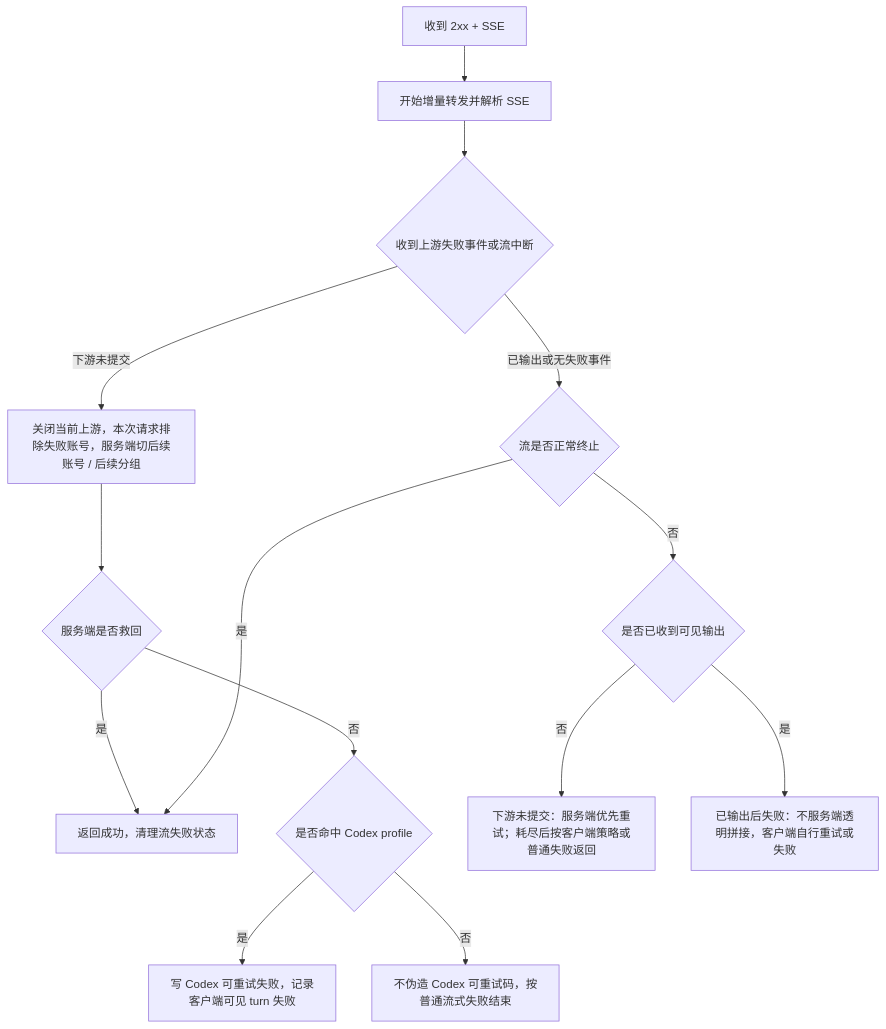
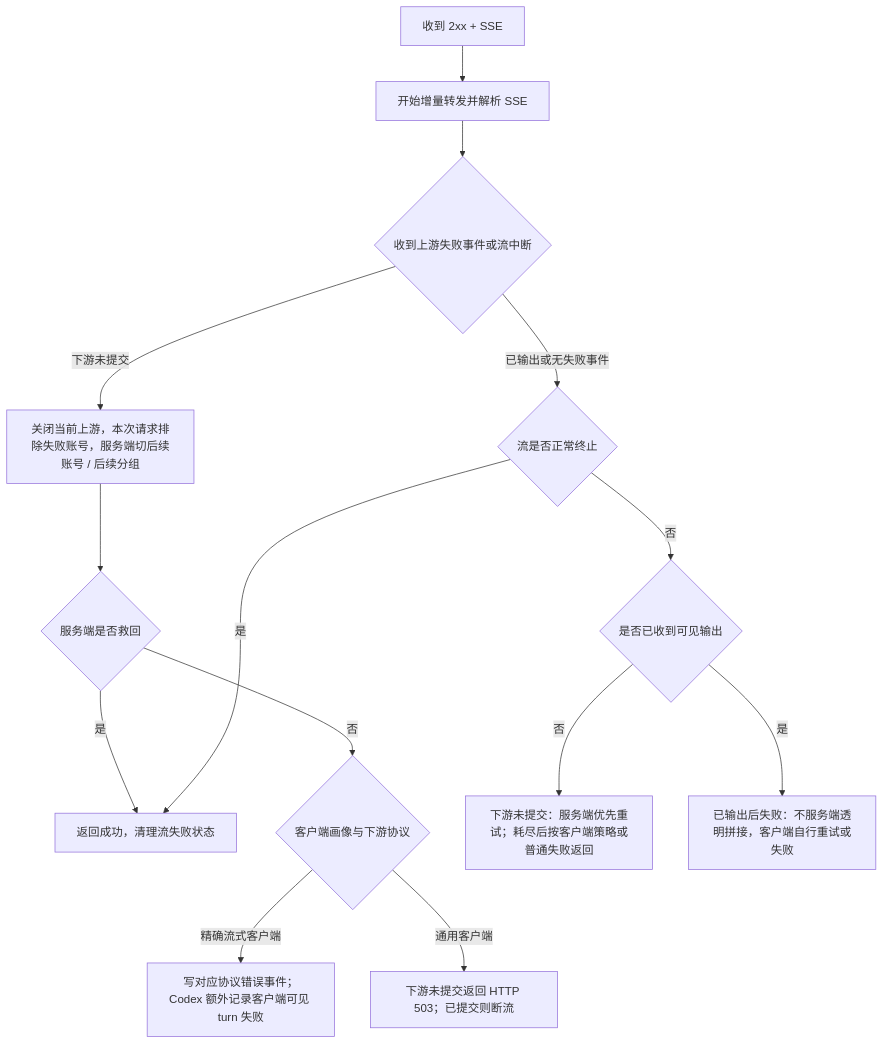
One commit to huanmin123/juhe-ai changed the second of 3 diagrams in docs/functions/网关异常重试与兜底策略.md. Above: the diagram before and after it, drawn with Mermaid. The commit also changed other lines of this file and 32 other files, not shown here.

````diff
--- a/docs/functions/网关异常重试与兜底策略.md
+++ b/docs/functions/网关异常重试与兜底策略.md
@@ -156,16 +156,16 @@
 ```mermaid
 flowchart TD
   A["收到 2xx + SSE"] --> B["开始增量转发并解析 SSE"]
   B --> C{"收到上游失败事件或流中断"}
   C -- "下游未提交" --> D["关闭当前上游，本次请求排除失败账号，服务端切后续账号 / 后续分组"]
   D --> M{"服务端是否救回"}
   M -- "是" --> F["返回后续账号成功流，客户端无感"]
-  M -- "否" --> N{"是否命中 Codex profile"}
-  N -- "是" --> O["写 Codex 可重试失败，记录客户端可见 turn 失败"]
-  N -- "否" --> P["不伪造 Codex 可重试码，按普通流式失败结束"]
+  M -- "否" --> N{"客户端画像与下游协议"}
+  N -- "精确流式客户端" --> O["写对应协议错误事件；Codex 额外记录客户端可见 turn 失败"]
+  N -- "通用客户端" --> P["下游未提交返回 HTTP 503；已提交则断流"]
   C -- "已输出或无失败事件" --> E{"流是否正常终止"}
   E -- "是" --> F["返回成功，清理流失败状态"]
   E -- "否" --> G{"是否已收到可见输出"}
   G -- "否" --> H["下游未提交：服务端优先重试；耗尽后按客户端策略或普通失败返回"]
   G -- "是" --> I["已输出后失败：不服务端透明拼接，客户端自行重试或失败"]
 ```
````
